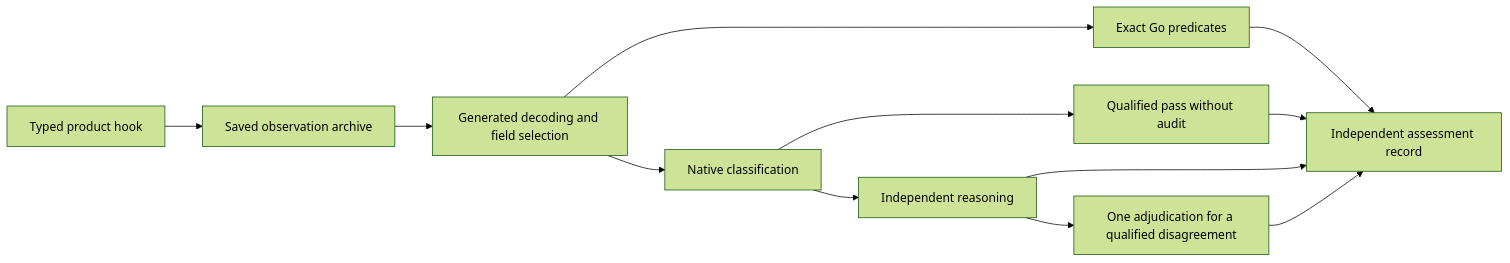
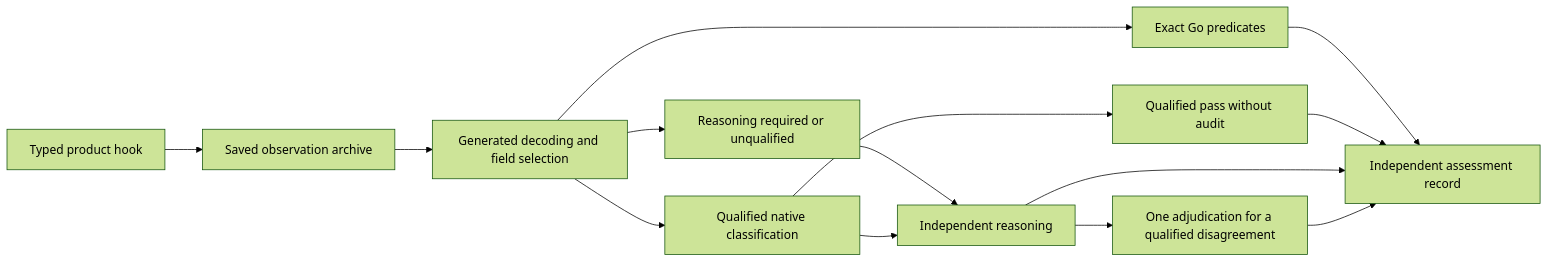
The diagram in docs/evals.md (goadesign/goa-ai), drawn with Mermaid (forest theme) before and after one commit. The commit also changed other lines of this file and 30 other files, not shown here.

````diff
--- a/docs/evals.md
+++ b/docs/evals.md
@@ -19,14 +19,16 @@
 ```mermaid
 flowchart LR
     H[Typed product hook] --> A[Saved observation archive]
     A --> B[Generated decoding and field selection]
     B --> X[Exact Go predicates]
-    B --> C[Native classification]
+    B --> E[Reasoning required or unqualified]
+    E --> R[Independent reasoning]
+    B --> C[Qualified native classification]
     C --> P[Qualified pass without audit]
-    C --> R[Independent reasoning]
+    C --> R
     R --> D[One adjudication for a qualified disagreement]
     X --> O[Independent assessment record]
     P --> O
     R --> O
     D --> O
 ```
````
